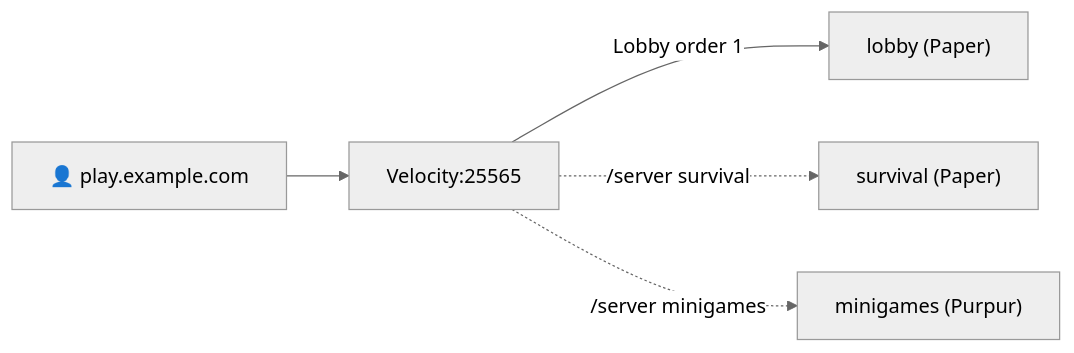
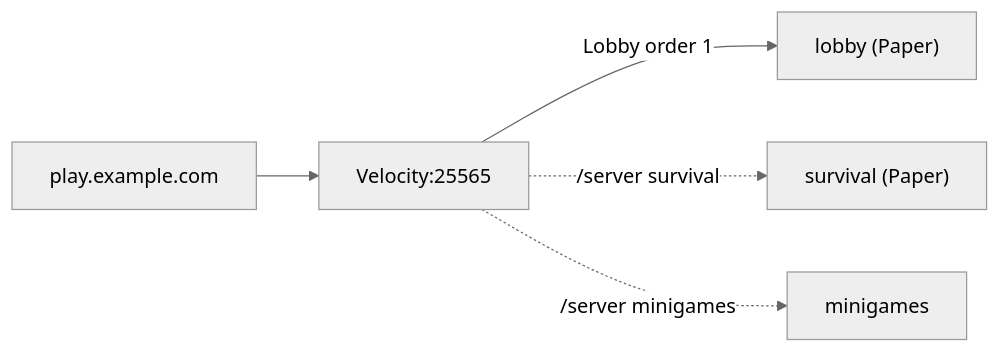
One commit to Ketbome/minepanel changed the sixth of 7 diagrams in doc/networking.md. Above: the diagram before and after it, drawn with Mermaid (neutral theme). The commit also changed other lines of this file and 53 other files, not shown here.

First line of the commit message:
docs: current screenshots and diagrams across the whole site

````diff
--- a/doc/networking.md
+++ b/doc/networking.md
@@ -384,7 +381,7 @@
 ```mermaid
 flowchart LR
-    P["👤 play.example.com"] --> V["Velocity:25565"]
+    P["play.example.com"] --> V["Velocity:25565"]
     V -->|"Lobby order 1"| L["lobby (Paper)"]
     V -.->|"/server survival"| S["survival (Paper)"]
-    V -.->|"/server minigames"| M["minigames (Purpur)"]
+    V -.->|"/server minigames"| M["minigames"]
 ```
````
